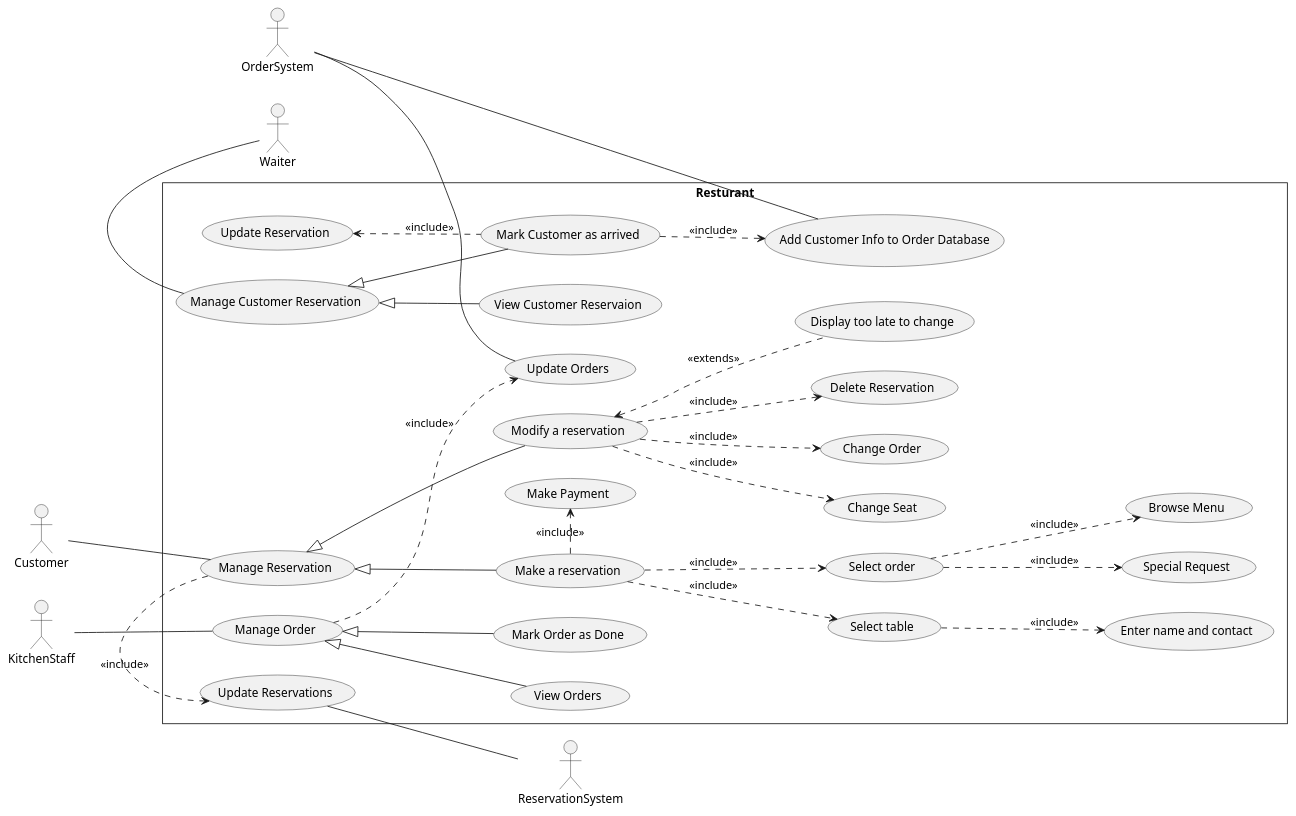
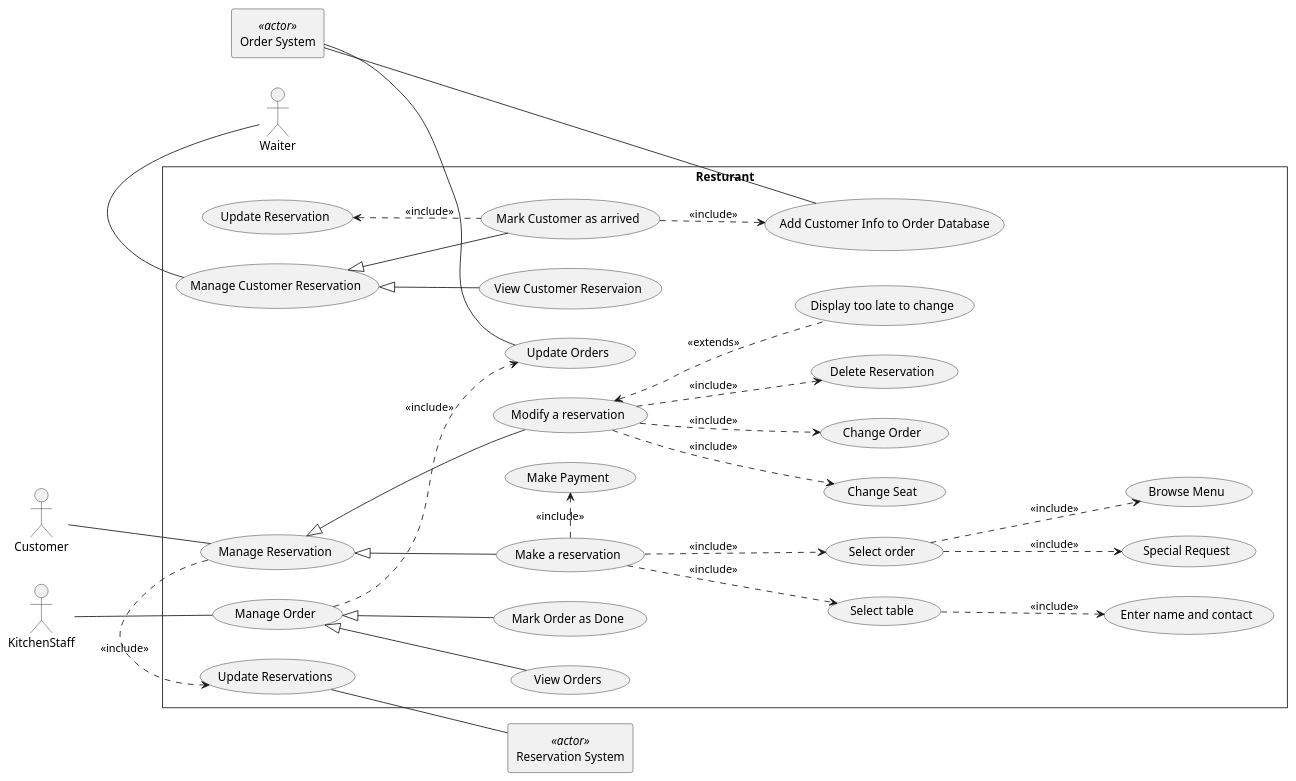
Before and after one commit to prathammanocha/RestaurantAutomationSystem: the diagram in usecase.plantuml, drawn with PlantUML. The commit also changed 1 other file, not shown here.

```diff
--- a/usecase.plantuml
+++ b/usecase.plantuml
@@ -1,52 +1,47 @@
 @startuml usecase
 
 Skinparam Style strictuml
 left to right direction
 Skinparam PackageStyle rectangle
 
 actor Customer
 
 actor KitchenStaff
 
-actor OrderSystem
+rectangle "Order System" <<actor>> as os
 
 actor Waiter
 
-actor ReservationSystem
+rectangle "Reservation System" <<actor>> as rs
 
 rectangle Resturant{
    Customer -- (Manage Reservation)
    KitchenStaff -- (Manage Order)
-   OrderSystem -- (Update Orders)
+   os -- (Update Orders)
    (Manage Reservation) <|-down- (Make a reservation)
    (Manage Reservation) <|-down- (Modify a reservation)
    (Manage Reservation) .> (Update Reservations) : <<include>>
-   (Update Reservations) -- ReservationSystem
+   (Update Reservations) -- rs
    (Modify a reservation) .down.> (Change Seat) : <<include>>
    (Modify a reservation) .down.> (Change Order) : <<include>>
    (Modify a reservation) .down.> (Delete Reservation) : <<include>>
    (Modify a reservation) <.. (Display too late to change) : <<extends>>
    (Make a reservation) .down.> (Select table) : <<include>>
    (Select table) .down.> (Enter name and contact) : <<include>>
    (Make a reservation) .down.> (Select order) : <<include>>
    (Select order) .down.> (Browse Menu): <<include>>
    (Select order) .down.> (Special Request): <<include>>
    (Manage Order) <|-- (Mark Order as Done)
    (Manage Order) <|-- (View Orders)
    (Manage Order) .down.> (Update Orders): <<include>>
    (Make a reservation) .> (Make Payment) : <<include>>
    Waiter -left- (Manage Customer Reservation)
    (Manage Customer Reservation) <|-down- (View Customer Reservaion)
    (Manage Customer Reservation) <|-down- (Mark Customer as arrived)
    (Mark Customer as arrived) .down.> (Add Customer Info to Order Database) : <<include>>
-   OrderSystem -- (Add Customer Info to Order Database)
+   os -- (Add Customer Info to Order Database)
    (Mark Customer as arrived) .up.> (Update Reservation) : <<include>>
 
 }
 
-
-
-
-
-
 @enduml
```
